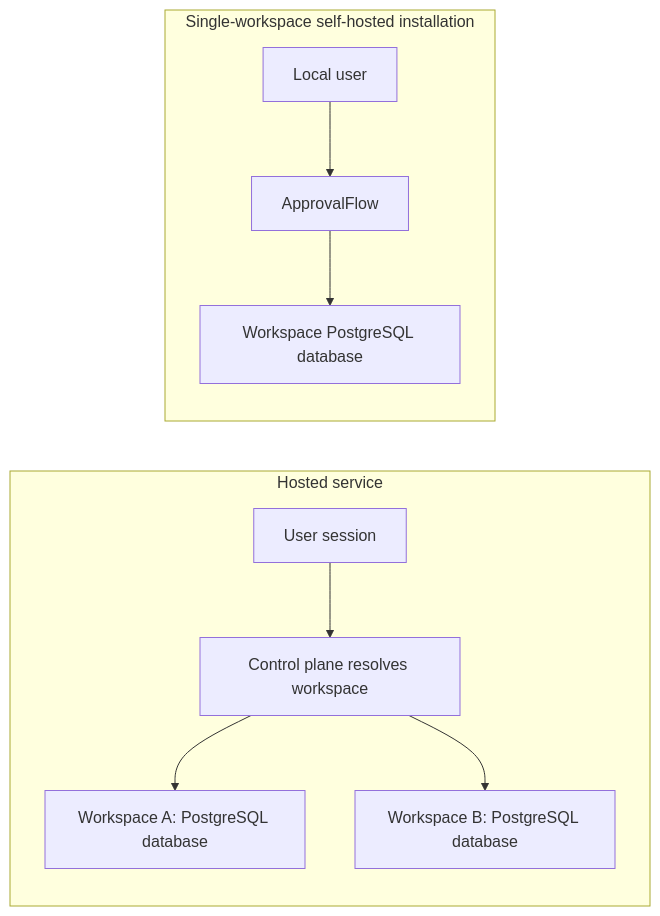
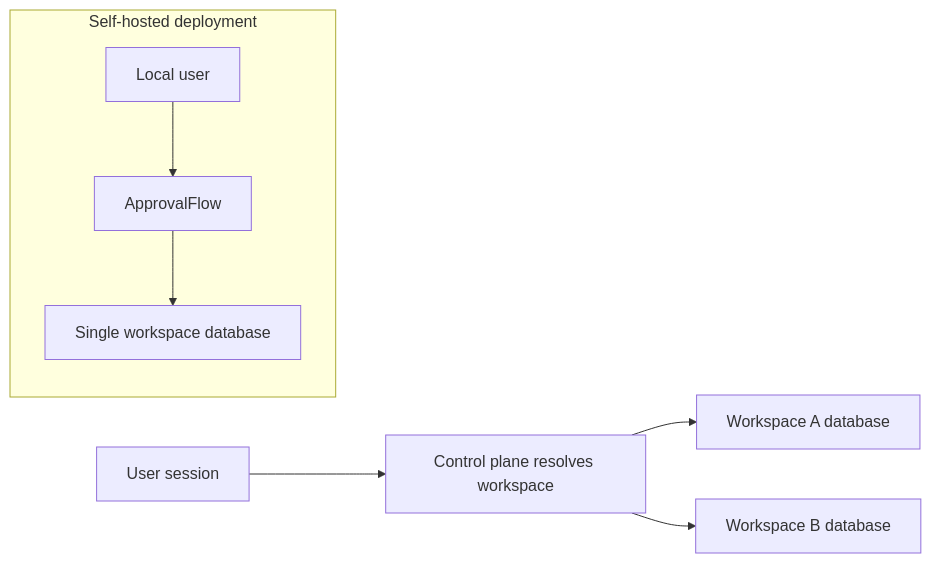
Before and after one commit to clrzr/clrzr.github.io: the second of 2 diagrams in _case_studies/approvalflow.md, drawn with Mermaid. The commit also changed other lines of this file, not shown here.

````diff
--- a/_case_studies/approvalflow.md
+++ b/_case_studies/approvalflow.md
@@ -61,12 +56,10 @@
 ```mermaid
 flowchart LR
-    subgraph Hosted["Hosted service"]
-        User["User session"] --> Control["Control plane resolves workspace"]
-        Control --> DB1["Workspace A: PostgreSQL database"]
-        Control --> DB2["Workspace B: PostgreSQL database"]
-    end
-    subgraph SelfHosted["Single-workspace self-hosted installation"]
+    Session["User session"] --> Control["Control plane resolves workspace"]
+    Control --> TenantA["Workspace A database"]
+    Control --> TenantB["Workspace B database"]
+    subgraph SelfHosted["Self-hosted deployment"]
         LocalUser["Local user"] --> App["ApprovalFlow"]
-        App --> LocalDB["Workspace PostgreSQL database"]
+        App --> LocalDB["Single workspace database"]
     end
 ```
````
